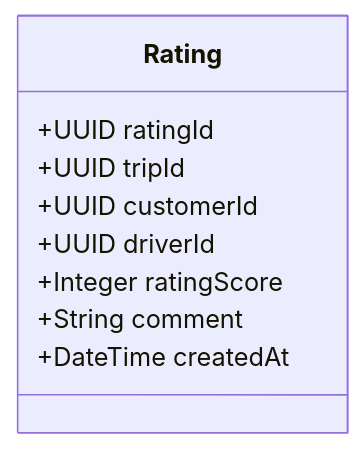
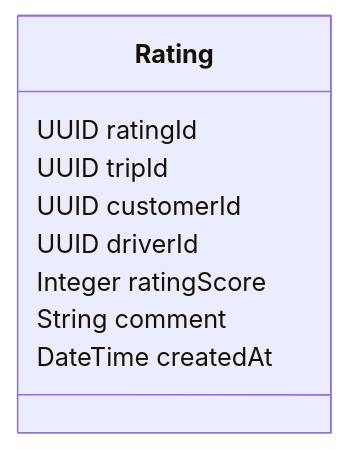
Diagram 23 of 29 in Microservice_Design.md (Phamha0601/23680571_PhamThiThuHa_CabSystem), drawn with Mermaid before and after one commit. The commit also changed other lines of this file, not shown here.

````diff
--- a/Microservice_Design.md
+++ b/Microservice_Design.md
@@ -1370,13 +1364,12 @@
 ```mermaid
 classDiagram
-
     class Rating {
-        +UUID ratingId
-        +UUID tripId
-        +UUID customerId
-        +UUID driverId
-        +Integer ratingScore
-        +String comment
-        +DateTime createdAt
+        UUID ratingId
+        UUID tripId
+        UUID customerId
+        UUID driverId
+        Integer ratingScore
+        String comment
+        DateTime createdAt
     }
 ```
````
